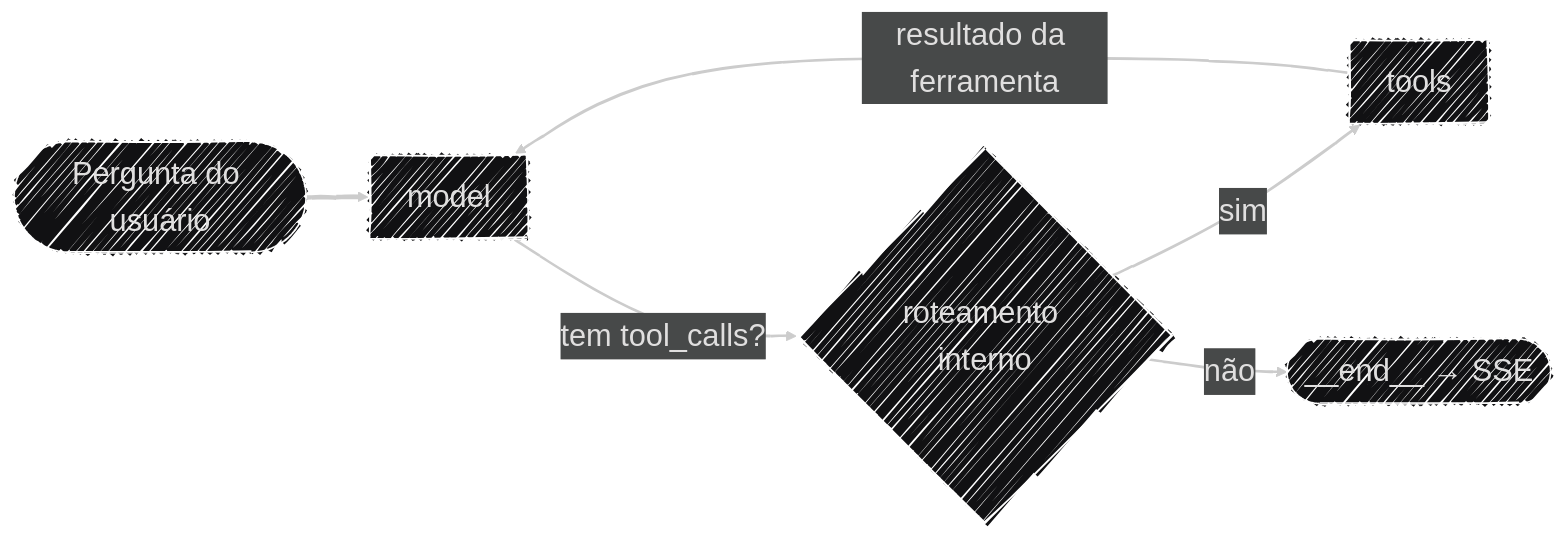
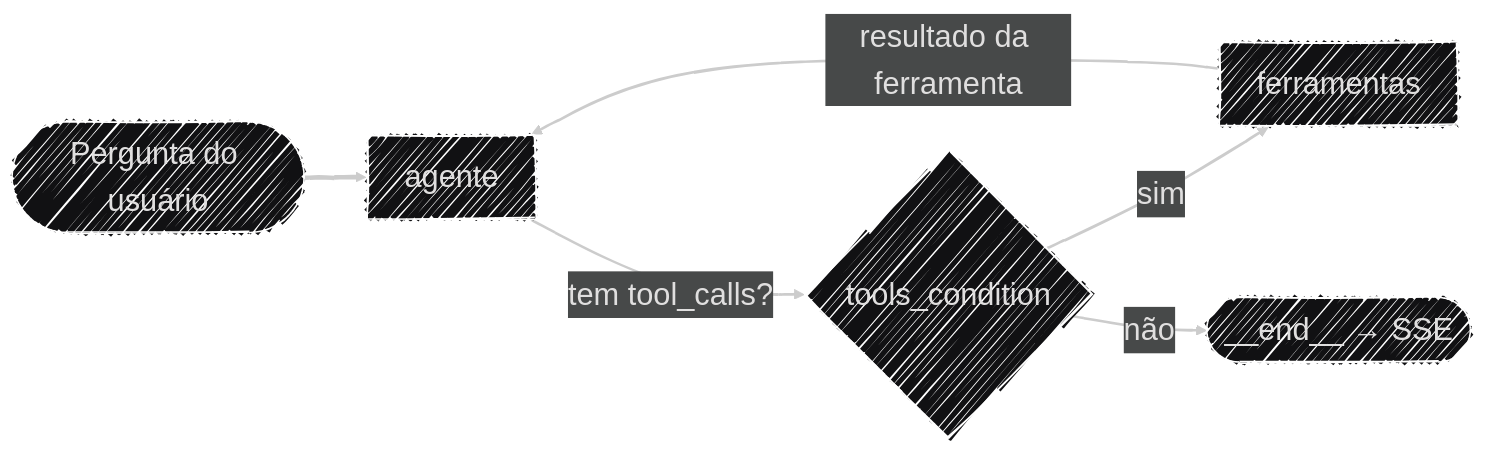
Before and after one commit to Moreira-89/auditor-cidadao: the diagram in docs/arquitetura/visao_geral.md, drawn with Mermaid. The commit also changed other lines of this file and 19 other files, not shown here.

````diff
--- a/docs/arquitetura/visao_geral.md
+++ b/docs/arquitetura/visao_geral.md
@@ -23,18 +33,18 @@
 ```mermaid
 ---
 config:
   layout: dagre
   theme: redux-dark
   look: handDrawn
   fontFamily: '''Source Code Pro Variable'', monospace'
   themeVariables:
     fontFamily: '''Source Code Pro Variable'', monospace'
     fontSize: 25px
 ---
 flowchart LR
-    ENTRADA(["Pergunta do usuário"]) ==> LLM["model"]
-    LLM -- tem tool_calls? --> ROUTER{"roteamento interno"}
-    ROUTER -- sim --> TOOLS["tools"]
+    ENTRADA(["Pergunta do usuário"]) ==> LLM["agente"]
+    LLM -- tem tool_calls? --> ROUTER{"tools_condition"}
+    ROUTER -- sim --> TOOLS["ferramentas"]
     ROUTER -- não --> FIM(["__end__ → SSE"])
     TOOLS -- resultado da ferramenta --> LLM
 ```
````
